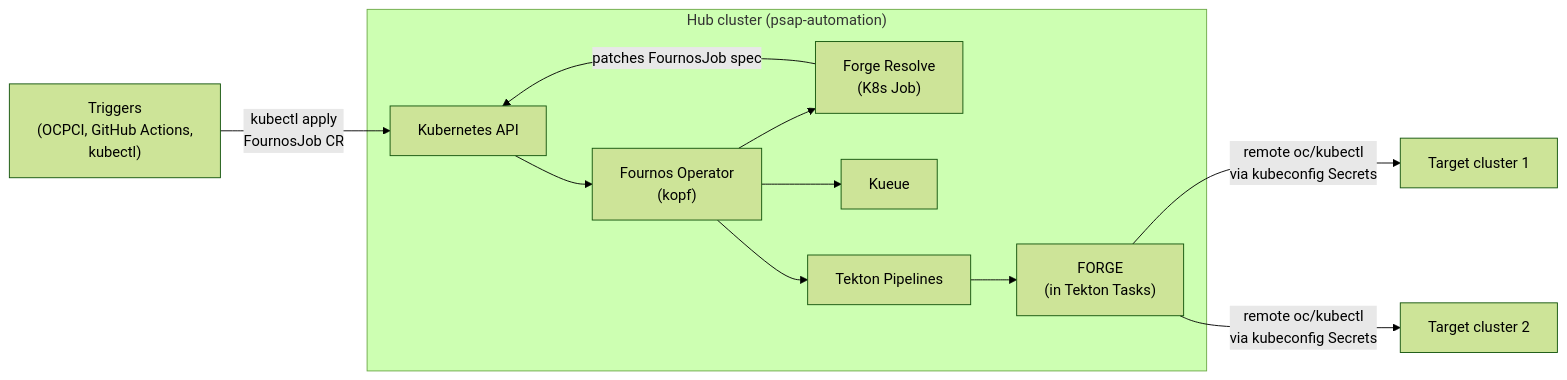
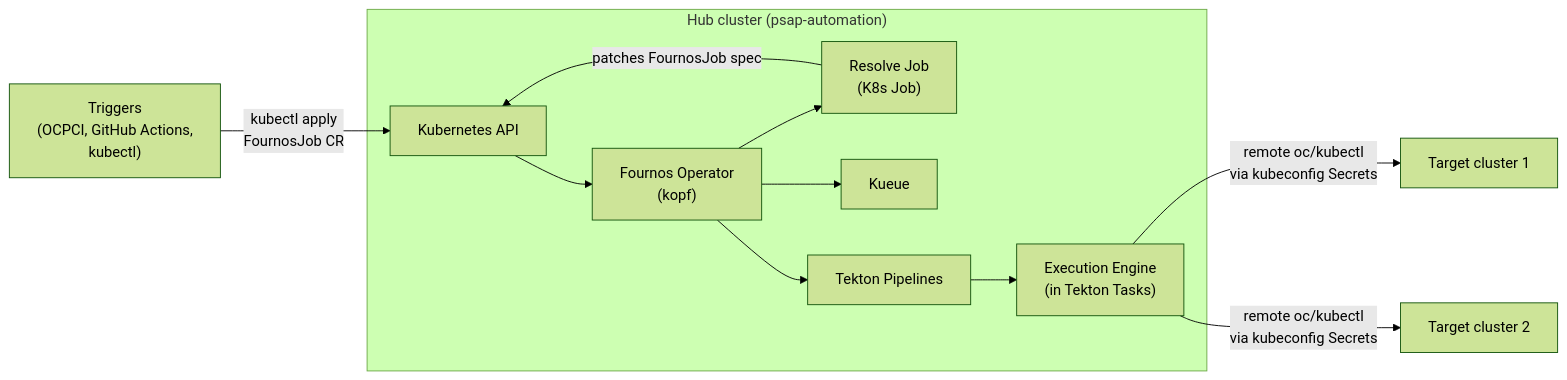
One commit to openshift-psap/fournos changed the first of 2 diagrams in Fournos_Design_Document.md. Above: the diagram before and after it, drawn with Mermaid (forest theme). The commit also changed other lines of this file and 2 other files, not shown here.

````diff
--- a/Fournos_Design_Document.md
+++ b/Fournos_Design_Document.md
@@ -11,20 +11,20 @@
 ```mermaid
 flowchart LR
     Triggers["Triggers\n(OCPCI, GitHub Actions,\nkubectl)"] -->|"kubectl apply\nFournosJob CR"| K8sAPI
     subgraph Hub["Hub cluster (psap-automation)"]
         K8sAPI["Kubernetes API"]
         Operator["Fournos Operator\n(kopf)"]
-        ForgeResolve["Forge Resolve\n(K8s Job)"]
+        ResolveJob["Resolve Job\n(K8s Job)"]
         Kueue["Kueue"]
         Tekton["Tekton Pipelines"]
-        FORGE["FORGE\n(in Tekton Tasks)"]
+        ExecEngine["Execution Engine\n(in Tekton Tasks)"]
         K8sAPI --> Operator
-        Operator --> ForgeResolve
-        ForgeResolve -->|"patches FournosJob spec"| K8sAPI
+        Operator --> ResolveJob
+        ResolveJob -->|"patches FournosJob spec"| K8sAPI
         Operator --> Kueue
         Operator --> Tekton
-        Tekton --> FORGE
+        Tekton --> ExecEngine
     end
-    FORGE -- "remote oc/kubectl\nvia kubeconfig Secrets" --> Target1["Target cluster 1"]
-    FORGE -- "remote oc/kubectl\nvia kubeconfig Secrets" --> Target2["Target cluster 2"]
+    ExecEngine -- "remote oc/kubectl\nvia kubeconfig Secrets" --> Target1["Target cluster 1"]
+    ExecEngine -- "remote oc/kubectl\nvia kubeconfig Secrets" --> Target2["Target cluster 2"]
 ```
````
